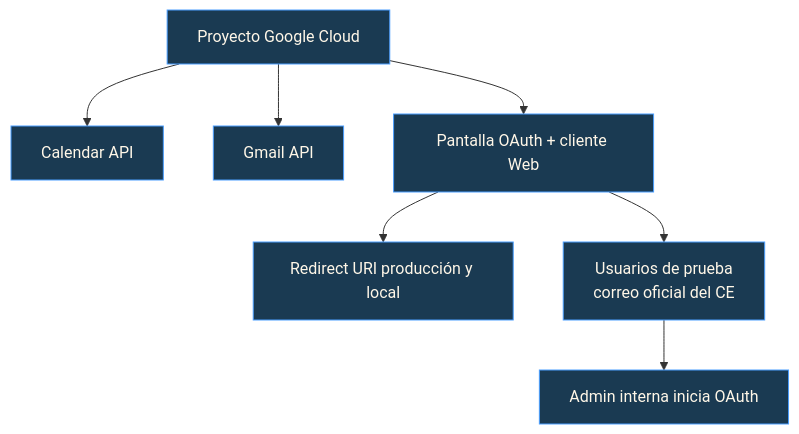
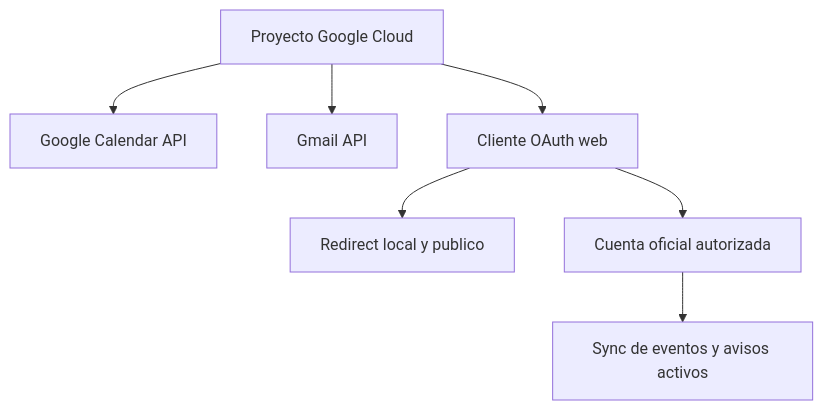
Diagram 15 of 16 in README.md (JackStar6677-1/CCAACalendar), drawn with Mermaid before and after one commit. The commit also changed other lines of this file, not shown here.

Commit message:
docs: corrige diagramas y actualiza estado del piloto

````diff
--- a/README.md
+++ b/README.md
@@ -372,12 +201,9 @@
 ```mermaid
-flowchart TB
-    GC[Proyecto Google Cloud] --> API1[Calendar API]
-    GC --> API2[Gmail API]
-    GC --> OAuth[Pantalla OAuth + cliente Web]
-    OAuth --> RU[Redirect URI producción y local]
-    OAuth --> TU[Usuarios de prueba\ncorreo oficial del CE]
-    TU --> OK["Admin interna inicia OAuth"]
-
-    classDef cloud fill:#1a3a52,stroke:#4a9eff,color:#fff7e8
-    class GC,API1,API2,OAuth,RU,TU,OK cloud
+graph TD
+    GC["Proyecto Google Cloud"] --> CA["Google Calendar API"]
+    GC --> GM["Gmail API"]
+    GC --> O["Cliente OAuth web"]
+    O --> R["Redirect local y publico"]
+    O --> U["Cuenta oficial autorizada"]
+    U --> OK["Sync de eventos y avisos activos"]
 ```
````
